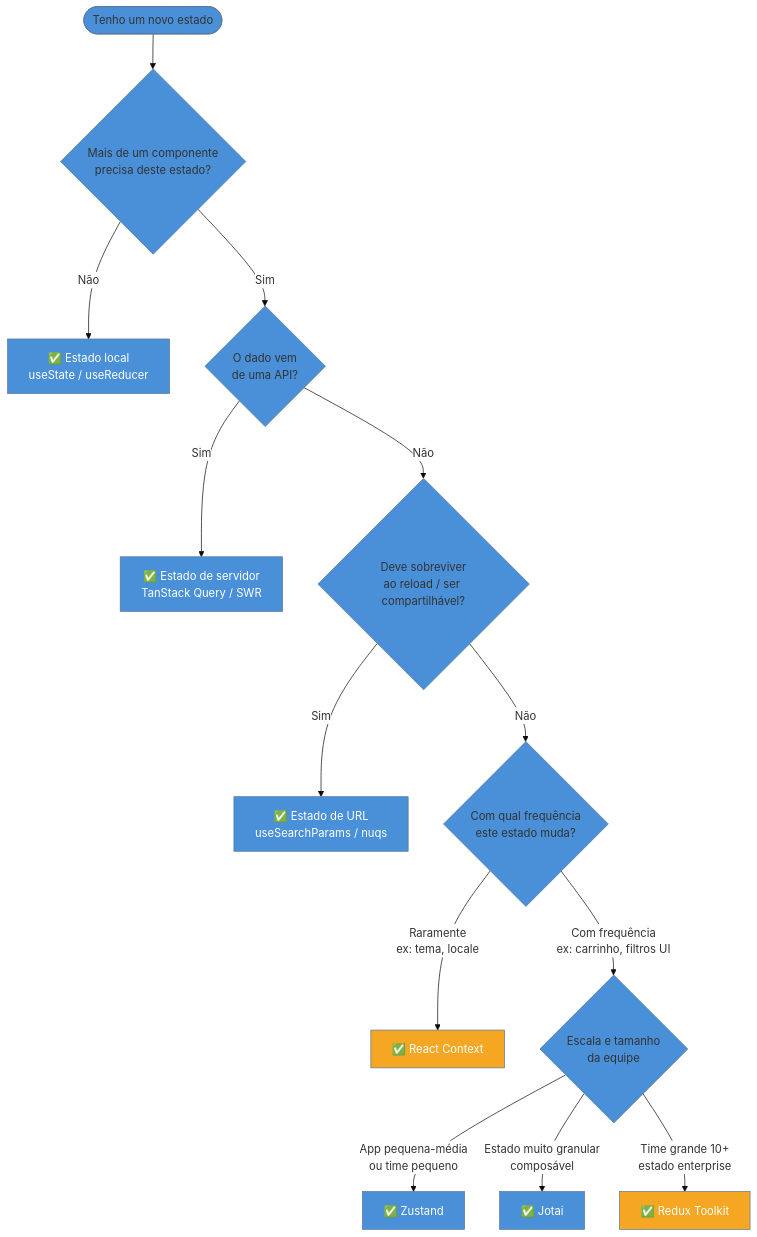
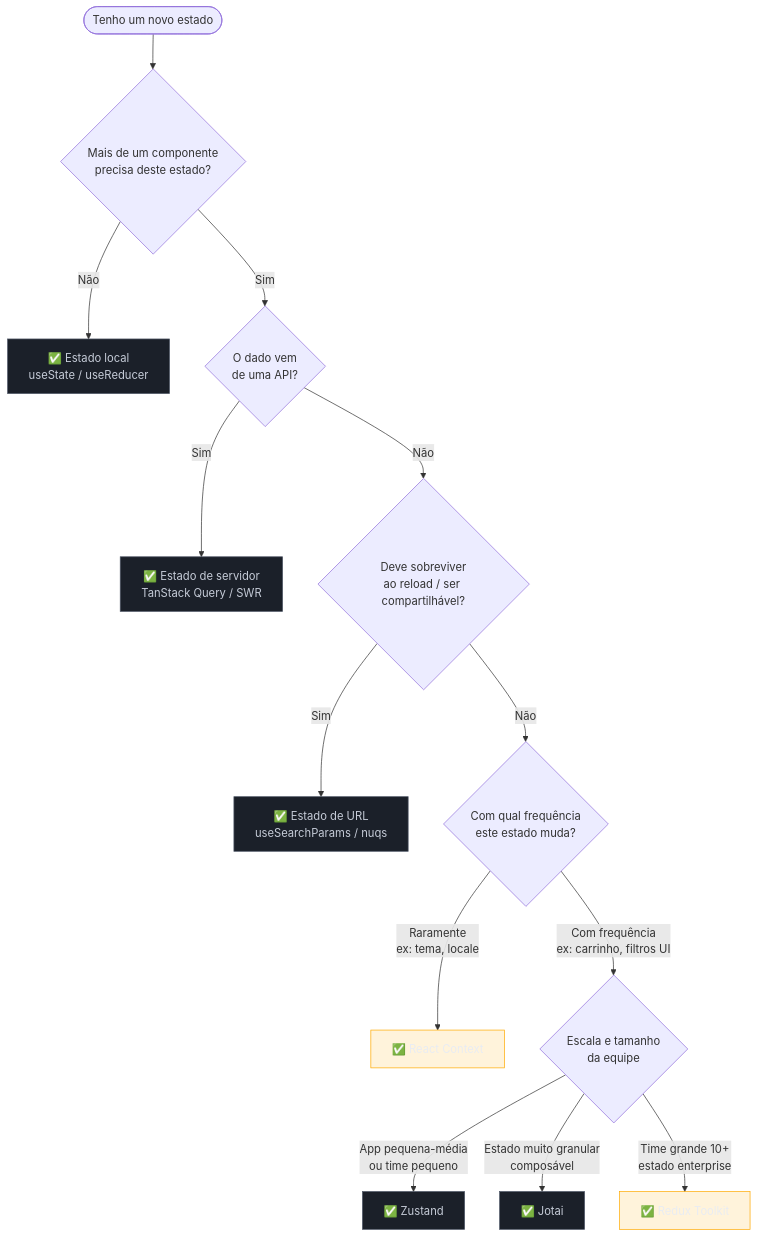
One commit to josenaldo/codex-technomanticus changed the diagram in 03-Dominios/Tecnologia/React/React core/15 - Estado - local, elevado e externo.md. Above: the diagram before and after it, drawn with Mermaid. The commit also changed 1181 other files, not shown here.

First line of the commit message:
fix(diagramas): paleta do sistema no lugar de cor cravada no markdown

````diff
--- a/03-Dominios/Tecnologia/React/React core/15 - Estado - local, elevado e externo.md
+++ b/03-Dominios/Tecnologia/React/React core/15 - Estado - local, elevado e externo.md
@@ -434,29 +434,30 @@
 ```mermaid
-%%{init: {"theme": "base", "themeVariables": {"primaryColor": "#4A90D9", "edgeLabelBackground": "#ffffff"}}}%%
 flowchart TD
+    classDef neutro fill:#1B2029,stroke:#4E5666,color:#C6CCD8
+    classDef destaque fill:#FFAA0024,stroke:#FFAA00,color:#E9ECF2
     START([Tenho um novo estado]) --> Q1{Mais de um componente\nprecisa deste estado?}
 
     Q1 -->|Não| LOCAL[✅ Estado local\nuseState / useReducer]
     Q1 -->|Sim| Q2{O dado vem\nde uma API?}
 
     Q2 -->|Sim| SERVER[✅ Estado de servidor\nTanStack Query / SWR]
     Q2 -->|Não| Q3{Deve sobreviver\nao reload / ser compartilhável?}
 
     Q3 -->|Sim| URL[✅ Estado de URL\nuseSearchParams / nuqs]
     Q3 -->|Não| Q4{Com qual frequência\neste estado muda?}
 
     Q4 -->|Raramente\nex: tema, locale| CTX[✅ React Context]
     Q4 -->|Com frequência\nex: carrinho, filtros UI| Q5{Escala e tamanho\nda equipe}
 
     Q5 -->|App pequena-média\nou time pequeno| ZUSTAND[✅ Zustand]
     Q5 -->|Estado muito granular\ncomposável| JOTAI[✅ Jotai]
     Q5 -->|Time grande 10+\nestado enterprise| RTK[✅ Redux Toolkit]
 
-    style LOCAL fill:#4A90D9,color:#fff
-    style SERVER fill:#4A90D9,color:#fff
-    style URL fill:#4A90D9,color:#fff
-    style CTX fill:#F5A623,color:#fff
-    style ZUSTAND fill:#4A90D9,color:#fff
-    style JOTAI fill:#4A90D9,color:#fff
-    style RTK fill:#F5A623,color:#fff
+    class LOCAL neutro
+    class SERVER neutro
+    class URL neutro
+    class CTX destaque
+    class ZUSTAND neutro
+    class JOTAI neutro
+    class RTK destaque
 ```
````
